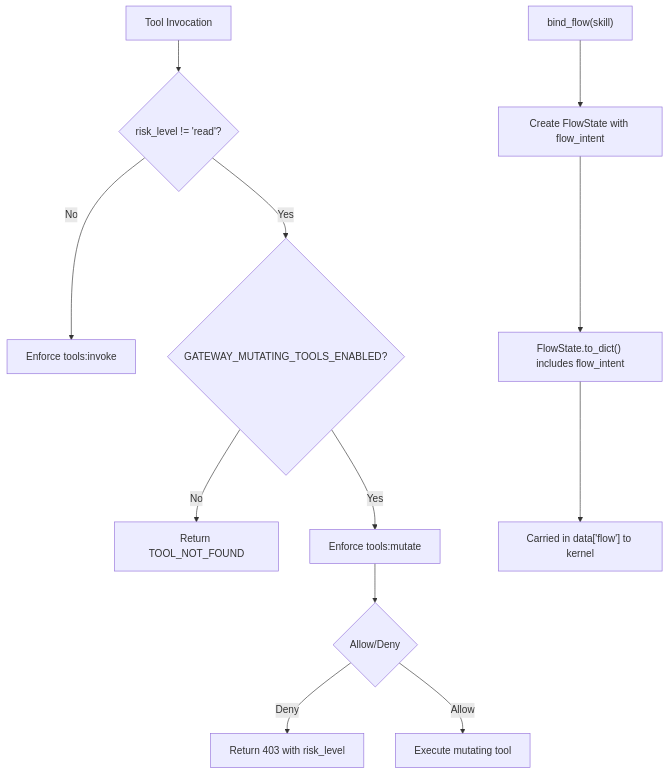
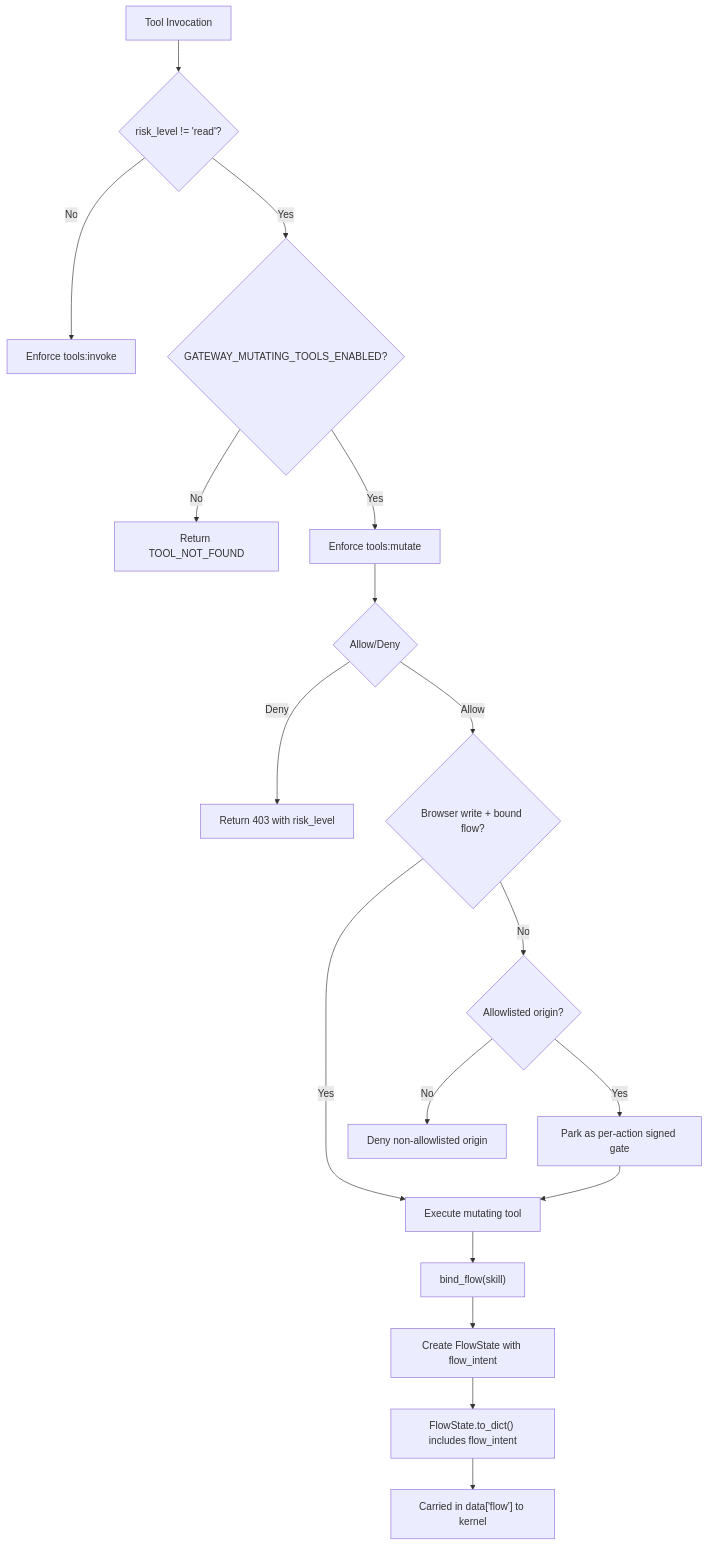
Diagram 12 of 14 in .qoder/repowiki/en/content/Agent Platform Service/HITL Confirmation Bridging (SPEC-020).md (metasync/luban-aiops), drawn with Mermaid before and after one commit. The commit also changed other lines of this file and 35 other files, not shown here.

````diff
--- a/.qoder/repowiki/en/content/Agent Platform Service/HITL Confirmation Bridging (SPEC-020).md
+++ b/.qoder/repowiki/en/content/Agent Platform Service/HITL Confirmation Bridging (SPEC-020).md
@@ -670,14 +692,20 @@
 ```mermaid
 flowchart TD
 Invoke["Tool Invocation"] --> CheckRisk{"risk_level != 'read'?"}
 CheckRisk -- No --> InvokeRead["Enforce tools:invoke"]
 CheckRisk -- Yes --> CheckGate{"GATEWAY_MUTATING_TOOLS_ENABLED?"}
 CheckGate -- No --> ToolNotFound["Return TOOL_NOT_FOUND"]
 CheckGate -- Yes --> EnforceMutate["Enforce tools:mutate"]
 EnforceMutate --> Decision{"Allow/Deny"}
 Decision -- Deny --> Return403["Return 403 with risk_level"]
-Decision -- Allow --> ExecuteTool["Execute mutating tool"]
-BindFlow["bind_flow(skill)"] --> CreateFlowState["Create FlowState with flow_intent"]
+Decision -- Allow --> CheckBound{"Browser write + bound flow?"}
+CheckBound -- Yes --> ExecuteTool["Execute mutating tool"]
+CheckBound -- No --> CheckAllowlist{"Allowlisted origin?"}
+CheckAllowlist -- Yes --> ParkAction["Park as per-action signed gate"]
+CheckAllowlist -- No --> DenyOrigin["Deny non-allowlisted origin"]
+ParkAction --> ExecuteTool
+ExecuteTool --> BindFlow["bind_flow(skill)"]
+BindFlow --> CreateFlowState["Create FlowState with flow_intent"]
 CreateFlowState --> ToDict["FlowState.to_dict() includes flow_intent"]
 ToDict --> KernelFrame["Carried in data['flow'] to kernel"]
 ```
````
